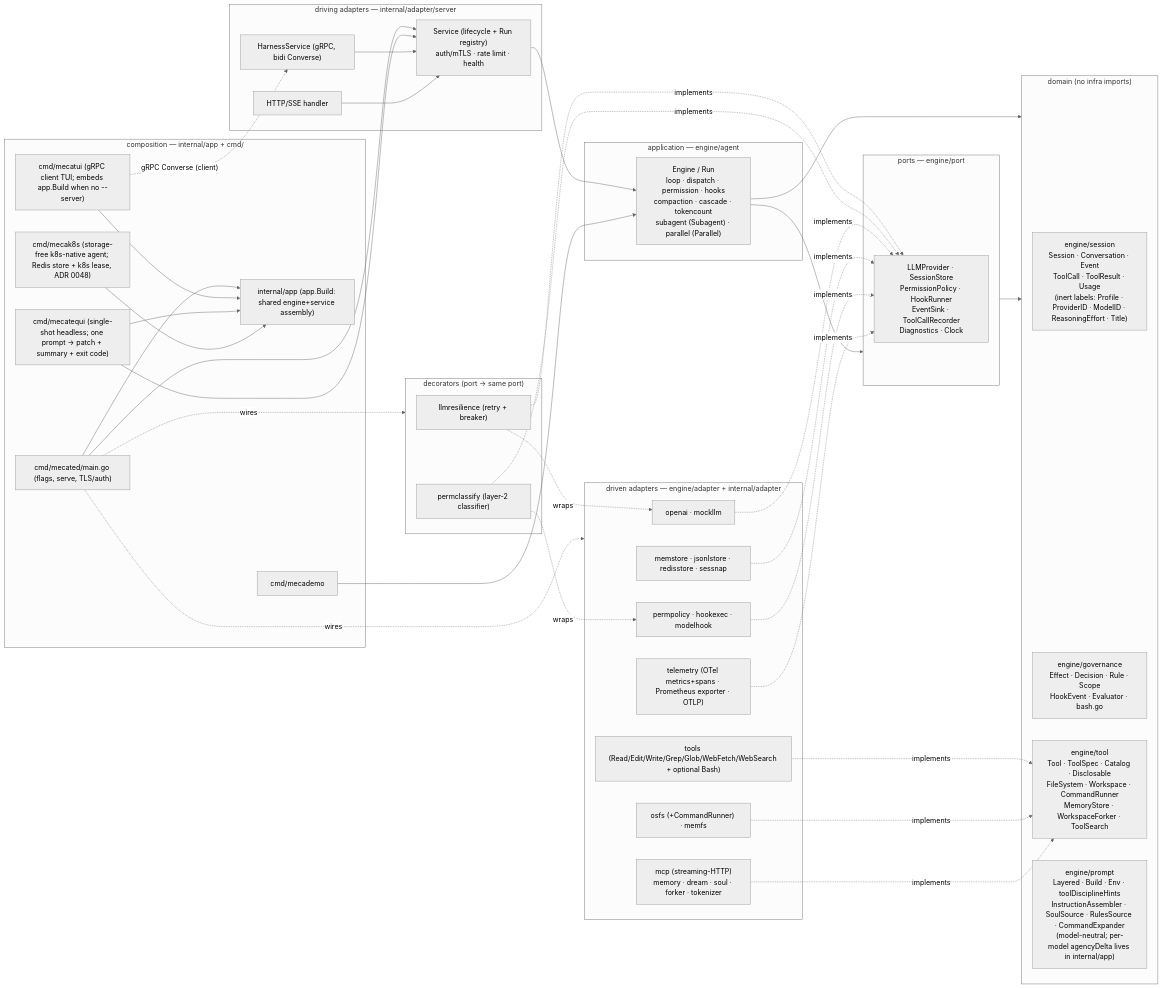
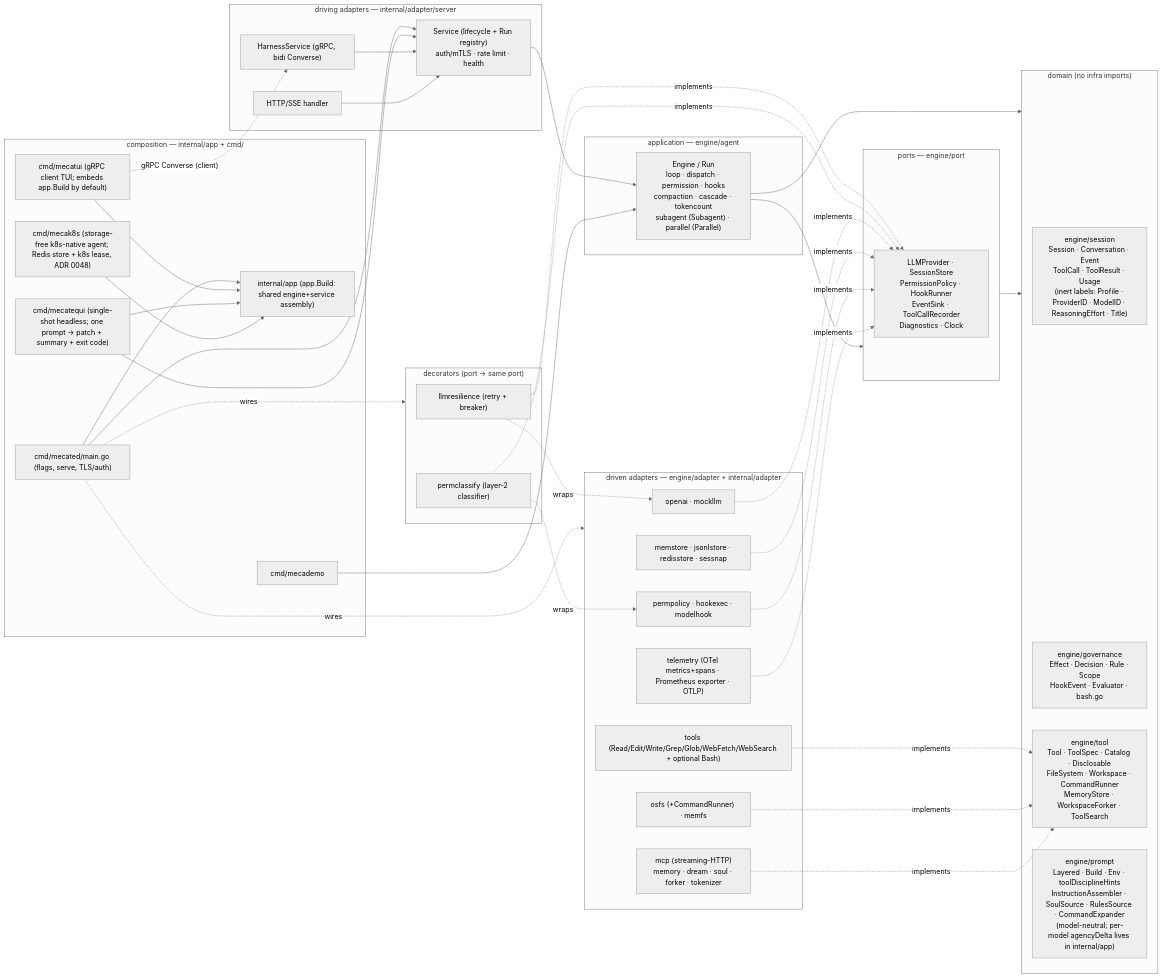
Before and after one commit to Sanskarzz/mecatl: the diagram in docs/architecture.md, drawn with Mermaid (neutral theme). The commit also changed other lines of this file and 77 other files, not shown here.

````diff
--- a/docs/architecture.md
+++ b/docs/architecture.md
@@ -123,74 +123,74 @@
 ```mermaid
 flowchart LR
   subgraph CMD["composition — internal/app + cmd/"]
     app["internal/app (app.Build: shared engine+service assembly)"]
     mecated["cmd/mecated/main.go (flags, serve, TLS/auth)"]
     demo["cmd/mecademo"]
-    tui["cmd/mecatui (gRPC client TUI; embeds app.Build when no --server)"]
+    tui["cmd/mecatui (gRPC client TUI; embeds app.Build by default)"]
     mq["cmd/mecatequi (single-shot headless; one prompt → patch + summary + exit code)"]
     k8s["cmd/mecak8s (storage-free k8s-native agent; Redis store + k8s lease, ADR 0048)"]
     mecated --> app
     tui --> app
     mq --> app
     k8s --> app
   end
 
   subgraph DRIVING["driving adapters — internal/adapter/server"]
     grpc["HarnessService (gRPC, bidi Converse)"]
     http["HTTP/SSE handler"]
     svc["Service (lifecycle + Run registry)\nauth/mTLS · rate limit · health"]
   end
 
   subgraph APP["application — engine/agent"]
     engine["Engine / Run\nloop · dispatch · permission · hooks\ncompaction · cascade · tokencount\nsubagent (Subagent) · parallel (Parallel)"]
   end
 
   subgraph PORTS["ports — engine/port"]
     p["LLMProvider · SessionStore\nPermissionPolicy · HookRunner\nEventSink · ToolCallRecorder\nDiagnostics · Clock"]
   end
 
   subgraph DOMAIN["domain (no infra imports)"]
     sess["engine/session\nSession · Conversation · Event\nToolCall · ToolResult · Usage\n(inert labels: Profile · ProviderID · ModelID · ReasoningEffort · Title)"]
     gov["engine/governance\nEffect · Decision · Rule · Scope\nHookEvent · Evaluator · bash.go"]
     tl["engine/tool\nTool · ToolSpec · Catalog · Disclosable\nFileSystem · Workspace · CommandRunner\nMemoryStore · WorkspaceForker · ToolSearch"]
     pr["engine/prompt\nLayered · Build · Env · toolDisciplineHints\nInstructionAssembler · SoulSource · RulesSource · CommandExpander\n(model-neutral; per-model agencyDelta lives in internal/app)"]
   end
 
   subgraph DECOR["decorators (port → same port)"]
     res["llmresilience (retry + breaker)"]
     pc["permclassify (layer-2 classifier)"]
   end
 
   subgraph DRIVEN["driven adapters — engine/adapter + internal/adapter"]
     oai["openai · mockllm"]
     fs["osfs (+CommandRunner) · memfs"]
     st["memstore · jsonlstore · redisstore · sessnap"]
     tools["tools (Read/Edit/Write/Grep/Glob/WebFetch/WebSearch + optional Bash)"]
     pp["permpolicy · hookexec · modelhook"]
     tel["telemetry (OTel metrics+spans · Prometheus exporter · OTLP)"]
     ext["mcp (streaming-HTTP)\nmemory · dream · soul · forker · tokenizer"]
   end
 
   mecated --> svc --> engine
   demo --> engine
   mq --> svc
   tui -. "gRPC Converse (client)" .-> grpc
   grpc --> svc
   http --> svc
   engine --> PORTS
   engine --> DOMAIN
   PORTS --> DOMAIN
   res -.wraps.-> oai
   res -.implements.-> p
   pc -.wraps.-> pp
   pc -.implements.-> p
   oai -.implements.-> p
   st -.implements.-> p
   pp -.implements.-> p
   tel -.implements.-> p
   tools -.implements.-> tl
   fs -.implements.-> tl
   ext -.implements.-> tl
   mecated -. wires .-> DRIVEN
   mecated -. wires .-> DECOR
 ```
````
